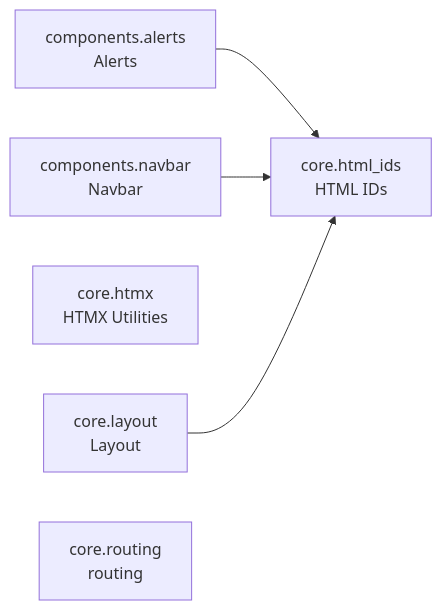
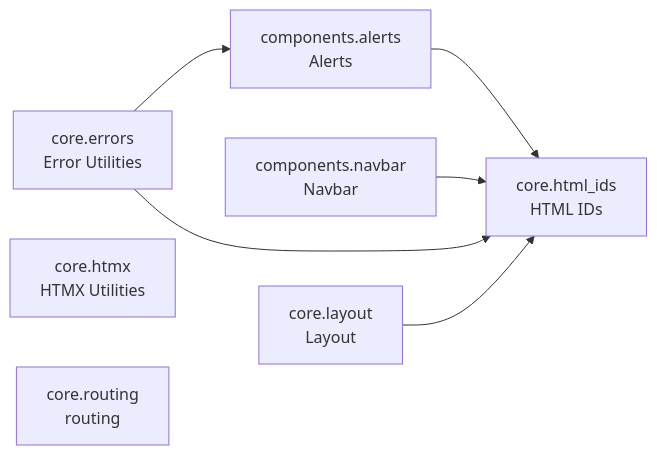
Before and after one commit to cj-mills/cjm-fasthtml-app-core: the diagram in README.md, drawn with Mermaid. The commit also changed other lines of this file and 4 other files, not shown here.

````diff
--- a/README.md
+++ b/README.md
@@ -28,13 +29,16 @@
 ``` mermaid
 graph LR
     components_alerts[components.alerts<br/>Alerts]
     components_navbar[components.navbar<br/>Navbar]
+    core_errors[core.errors<br/>Error Utilities]
     core_html_ids[core.html_ids<br/>HTML IDs]
     core_htmx[core.htmx<br/>HTMX Utilities]
     core_layout[core.layout<br/>Layout]
     core_routing[core.routing<br/>routing]
 
     components_alerts --> core_html_ids
     components_navbar --> core_html_ids
+    core_errors --> components_alerts
+    core_errors --> core_html_ids
     core_layout --> core_html_ids
 ```
````
